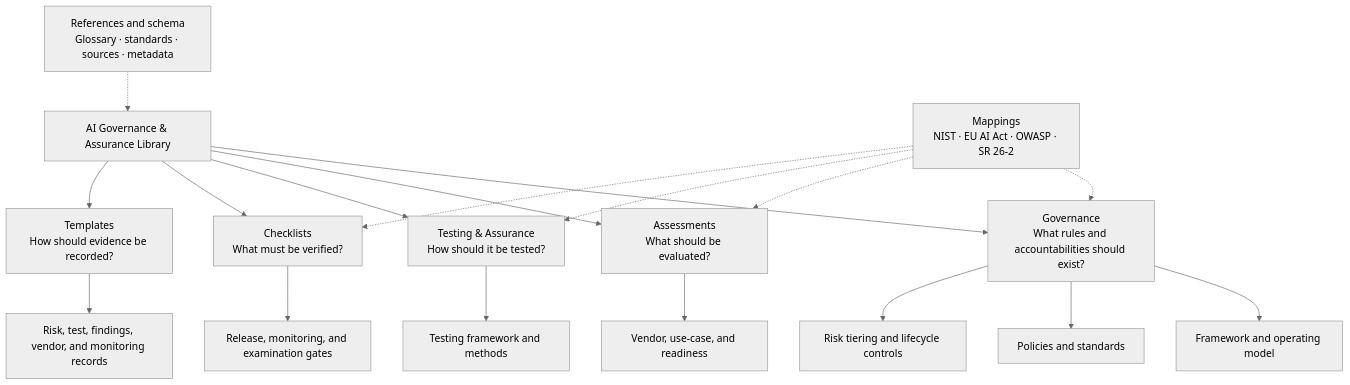
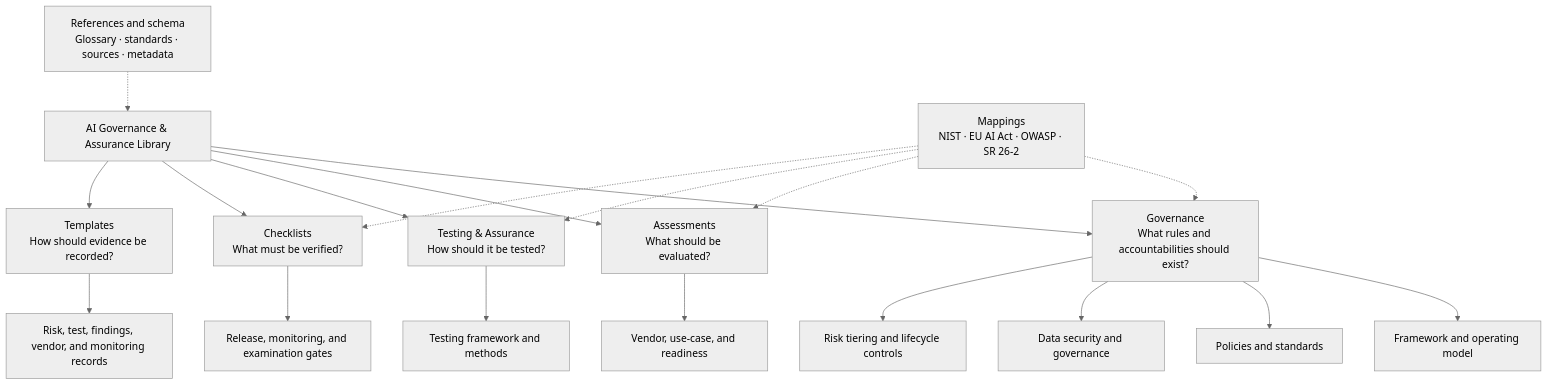
Before and after one commit to minw0607/ai-governance-assurance: the diagram in README.md, drawn with Mermaid (neutral theme). The commit also changed other lines of this file and 20 other files, not shown here.

Commit message:
Add AI data security and governance standards

````diff
--- a/README.md
+++ b/README.md
@@ -13,25 +13,26 @@
 ```mermaid
 flowchart TD
     LIB["AI Governance & Assurance Library"]
     LIB --> GOV["Governance<br/>What rules and accountabilities should exist?"]
     LIB --> ASS["Assessments<br/>What should be evaluated?"]
     LIB --> TEST["Testing & Assurance<br/>How should it be tested?"]
     LIB --> CHECK["Checklists<br/>What must be verified?"]
     LIB --> TEMP["Templates<br/>How should evidence be recorded?"]
 
     GOV --> GF["Framework and operating model"]
     GOV --> POL["Policies and standards"]
+    GOV --> DATA["Data security and governance"]
     GOV --> RISK["Risk tiering and lifecycle controls"]
     ASS --> VA["Vendor, use-case, and readiness"]
     TEST --> TF["Testing framework and methods"]
     CHECK --> CG["Release, monitoring, and examination gates"]
     TEMP --> EV["Risk, test, findings, vendor, and monitoring records"]
 
     MAP["Mappings<br/>NIST · EU AI Act · OWASP · SR 26-2"]
     REF["References and schema<br/>Glossary · standards · sources · metadata"]
     MAP -.-> GOV
     MAP -.-> ASS
     MAP -.-> TEST
     MAP -.-> CHECK
     REF -.-> LIB
 ```
````
